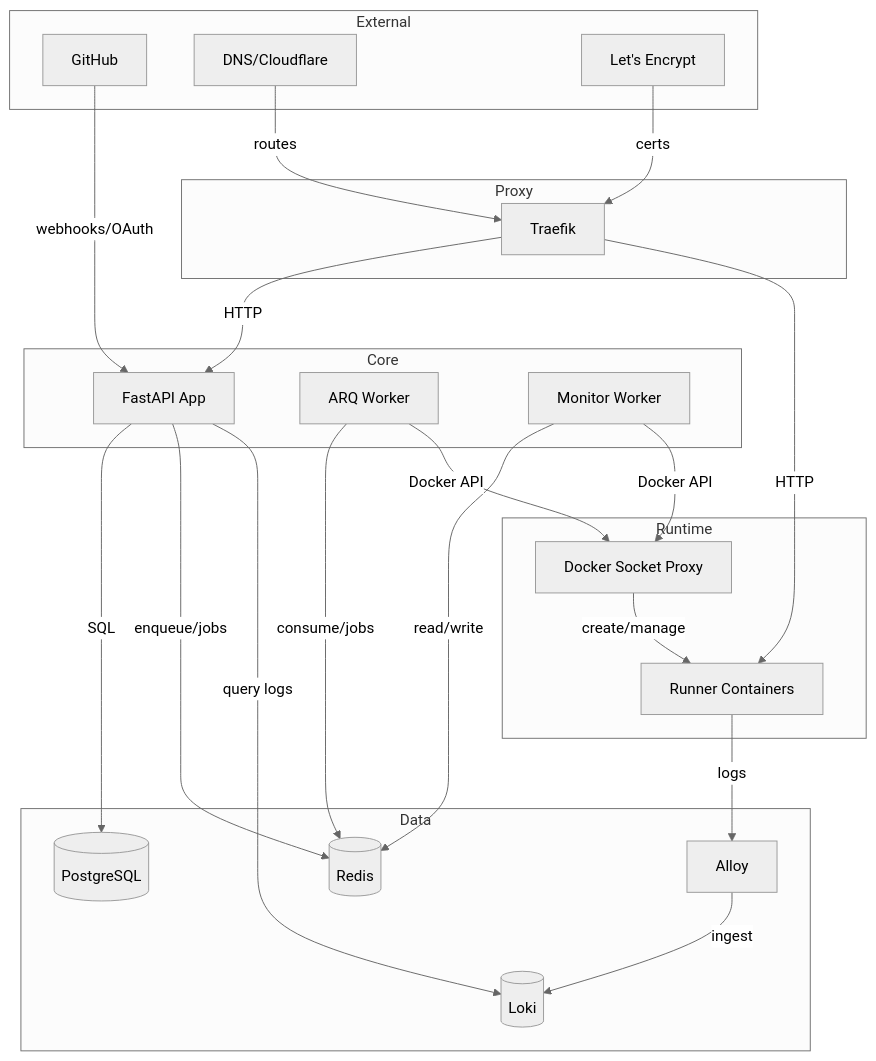
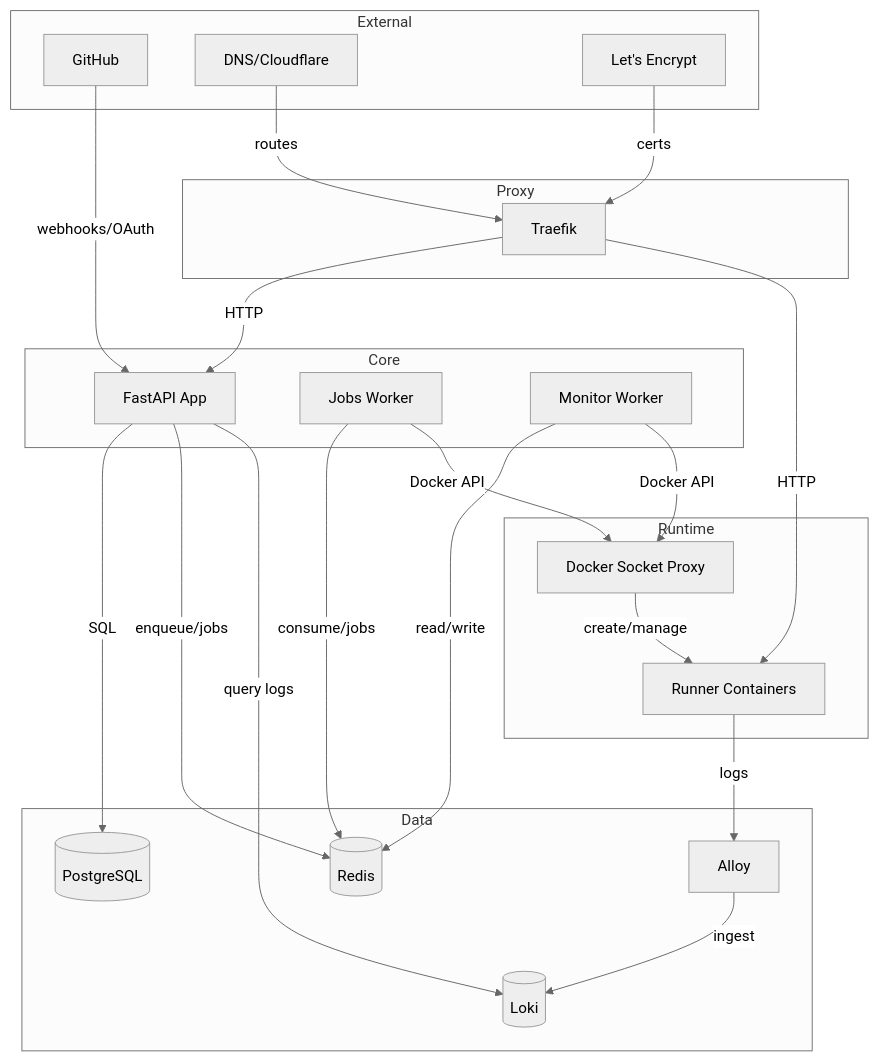
Before and after one commit to hunvreus/devpush: the first of 2 diagrams in ARCHITECTURE.md, drawn with Mermaid (neutral theme). The commit also changed other lines of this file and 35 other files, not shown here.

````diff
--- a/ARCHITECTURE.md
+++ b/ARCHITECTURE.md
@@ -37,46 +37,46 @@
 ```mermaid
 flowchart TB
   subgraph External
     GH[GitHub]
     DNS[DNS/Cloudflare]
     ACME[Let's Encrypt]
   end
 
   subgraph Proxy
     T[Traefik]
   end
 
   subgraph Core
     A[FastAPI App]
-    W[ARQ Worker]
+    W[Jobs Worker]
     M[Monitor Worker]
   end
 
   subgraph Data
     PG[(PostgreSQL)]
     R[(Redis)]
     AL[Alloy]
     L[(Loki)]
   end
 
   subgraph Runtime
     DP[Docker Socket Proxy]
     RC[Runner Containers]
   end
 
   GH -- webhooks/OAuth --> A
   DNS -- routes --> T
   ACME -- certs --> T
   T -- HTTP --> A
   T -- HTTP --> RC
   A -- SQL --> PG
   A -- enqueue/jobs --> R
   W -- consume/jobs --> R
   M -- read/write --> R
   W -- Docker API --> DP
   M -- Docker API --> DP
   DP -- create/manage --> RC
   RC -- logs --> AL
   AL -- ingest --> L
   A -- query logs --> L
 ```
````
